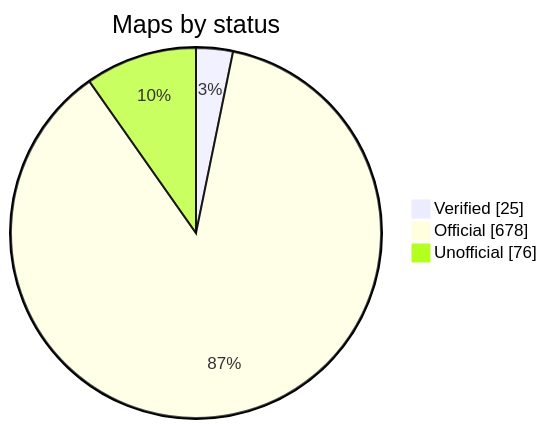
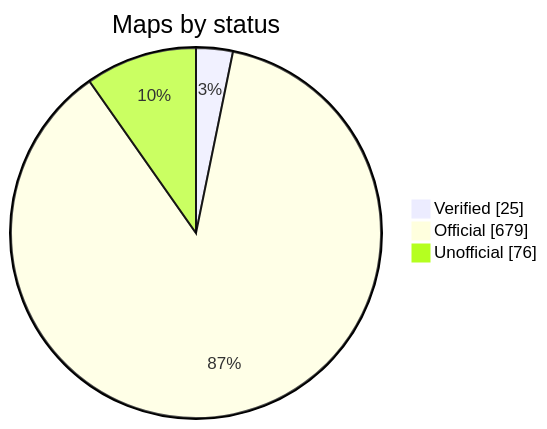
One commit to nobrega8/mbmap-library changed the diagram in README.md. Above: the diagram before and after it, drawn with Mermaid. The commit also changed 6 other files, not shown here.

````diff
--- a/README.md
+++ b/README.md
@@ -52,7 +52,7 @@
 ```mermaid
 pie showData
     title Maps by status
     "Verified" : 25
-    "Official" : 678
+    "Official" : 679
     "Unofficial" : 76
 ```
````
